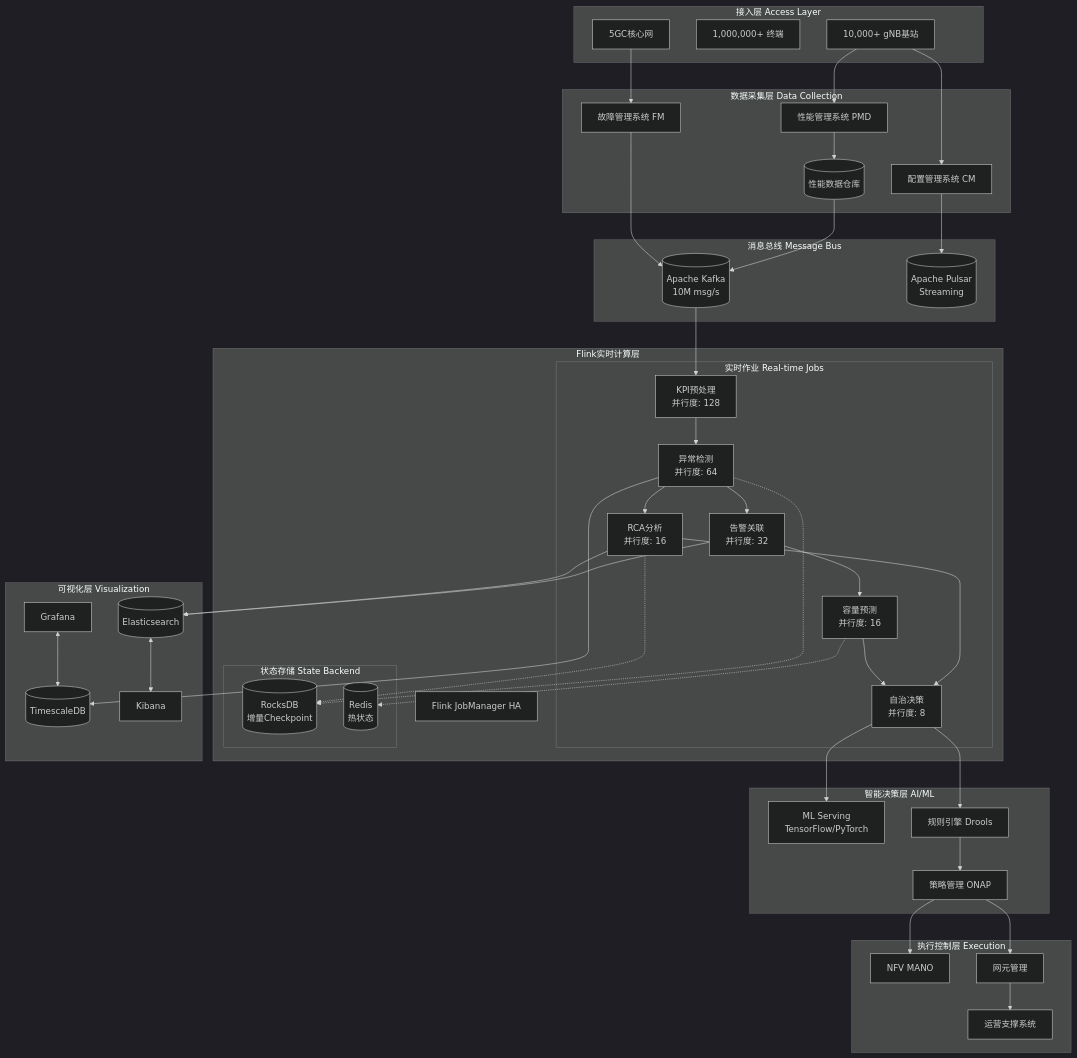
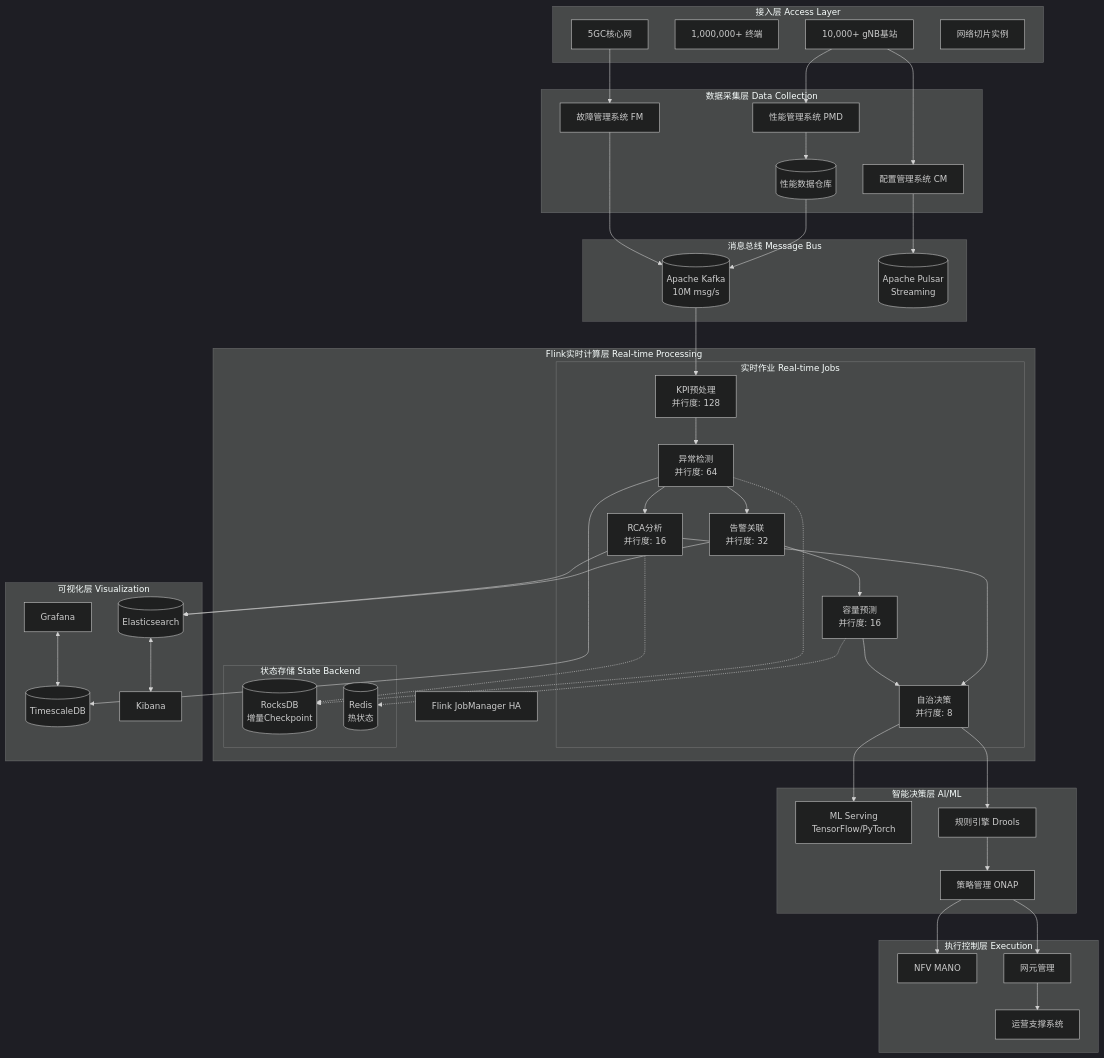
The third of 4 diagrams in Flink-IoT-Authority-Alignment/Phase-10-Telecom/case-telecom-network-complete.md (AdaMartin18010/AnalysisDataFlow), drawn with Mermaid (dark theme) before and after one commit. The commit also changed other lines of this file and 8 other files, not shown here.

```diff
--- a/Flink-IoT-Authority-Alignment/Phase-10-Telecom/case-telecom-network-complete.md
+++ b/Flink-IoT-Authority-Alignment/Phase-10-Telecom/case-telecom-network-complete.md
@@ -29,6 +576,7 @@
         BS[10,000+ gNB基站]
         UE[1,000,000+ 终端]
         CORE[5GC核心网]
+        SLICE[网络切片实例]
     end
 
     subgraph "数据采集层 Data Collection"
@@ -43,7 +591,7 @@
         PULSAR[(Apache Pulsar<br/>Streaming)]
     end
 
-    subgraph "Flink实时计算层"
+    subgraph "Flink实时计算层 Real-time Processing"
         FLINK1[Flink JobManager HA]
 
         subgraph "实时作业 Real-time Jobs"
```
